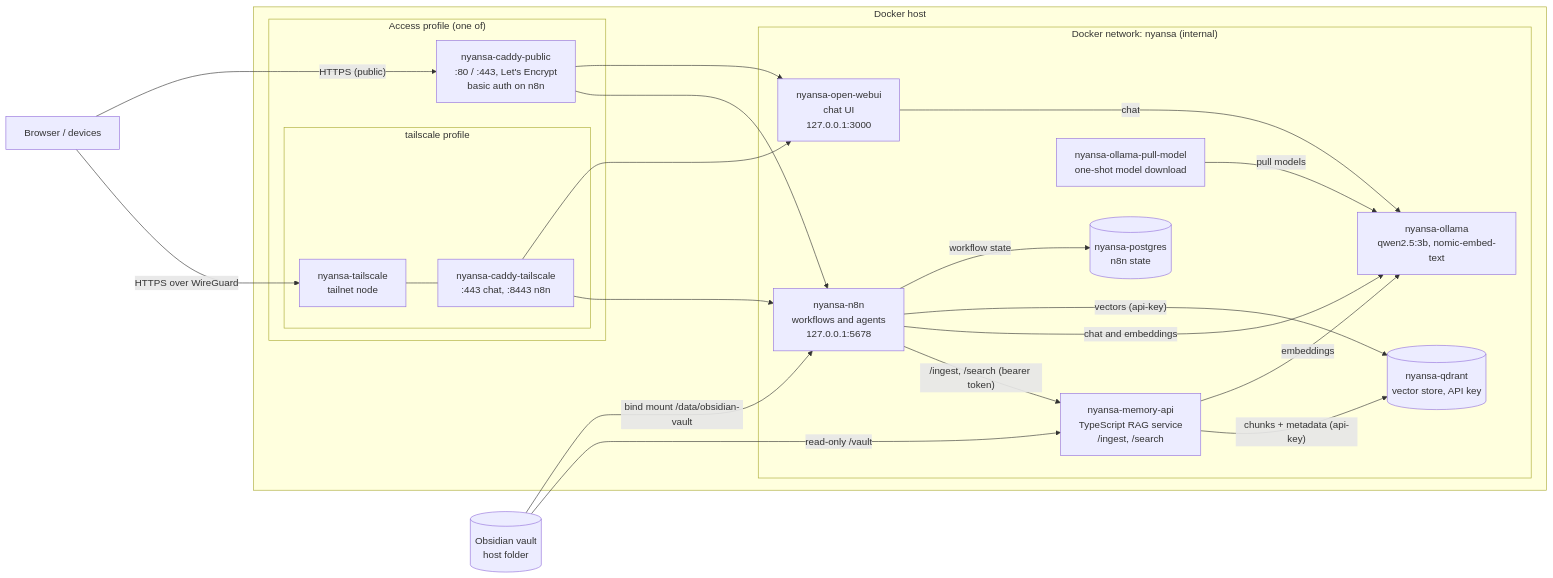
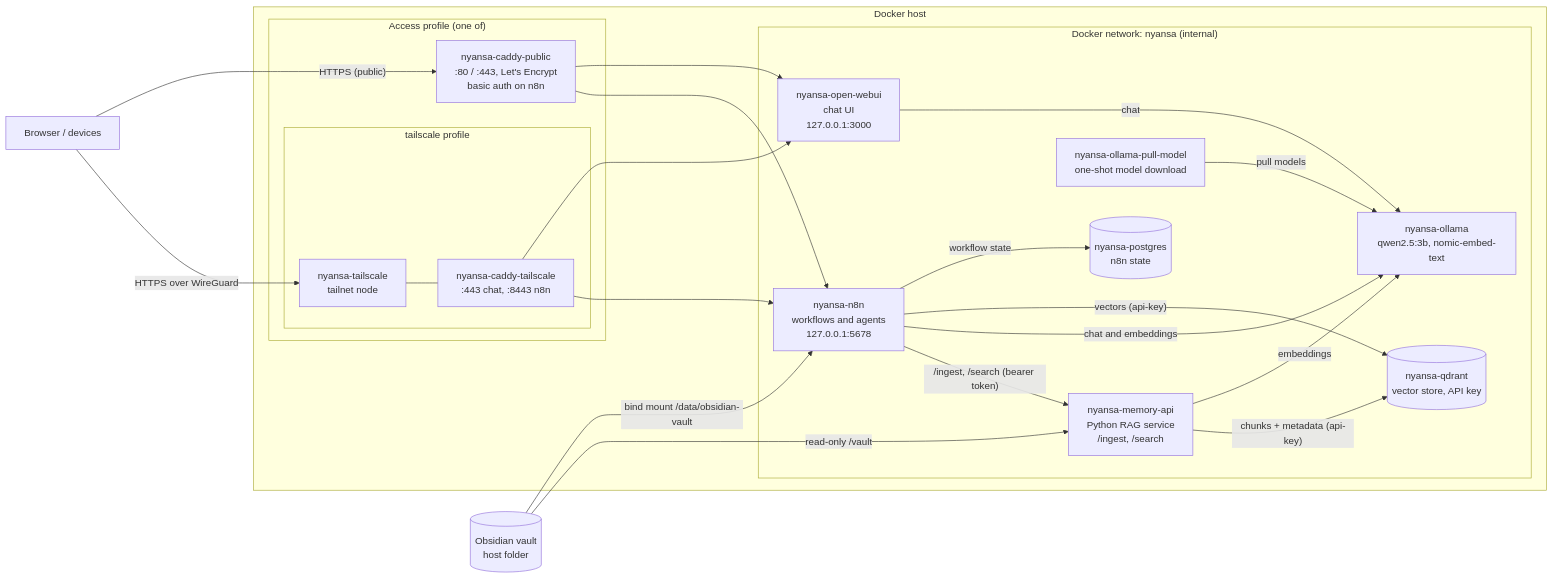
One commit to Geobatpo07/nyansa changed the diagram in README.md. Above: the diagram before and after it, drawn with Mermaid. The commit also changed other lines of this file and 1 other file, not shown here.

First line of the commit message:
docs: describe the Python memory-api

````diff
--- a/README.md
+++ b/README.md
@@ -48,43 +48,43 @@
 ```mermaid
 flowchart LR
     browser["Browser / devices"]
     vault[("Obsidian vault<br/>host folder")]
 
     subgraph host["Docker host"]
         subgraph edge["Access profile (one of)"]
             caddyPub["nyansa-caddy-public<br/>:80 / :443, Let's Encrypt<br/>basic auth on n8n"]
             subgraph ts["tailscale profile"]
                 tailscale["nyansa-tailscale<br/>tailnet node"]
                 caddyTs["nyansa-caddy-tailscale<br/>:443 chat, :8443 n8n"]
             end
         end
 
         subgraph net["Docker network: nyansa (internal)"]
             webui["nyansa-open-webui<br/>chat UI<br/>127.0.0.1:3000"]
             n8n["nyansa-n8n<br/>workflows and agents<br/>127.0.0.1:5678"]
             pg[("nyansa-postgres<br/>n8n state")]
             qdrant[("nyansa-qdrant<br/>vector store, API key")]
             ollama["nyansa-ollama<br/>qwen2.5:3b, nomic-embed-text"]
             pull["nyansa-ollama-pull-model<br/>one-shot model download"]
-            memory["nyansa-memory-api<br/>TypeScript RAG service<br/>/ingest, /search"]
+            memory["nyansa-memory-api<br/>Python RAG service<br/>/ingest, /search"]
         end
     end
 
     browser -- "HTTPS (public)" --> caddyPub
     browser -- "HTTPS over WireGuard" --> tailscale
     tailscale --- caddyTs
     caddyPub --> webui
     caddyPub --> n8n
     caddyTs --> webui
     caddyTs --> n8n
     vault -- "bind mount /data/obsidian-vault" --> n8n
     n8n -- "workflow state" --> pg
     n8n -- "vectors (api-key)" --> qdrant
     n8n -- "chat and embeddings" --> ollama
     webui -- "chat" --> ollama
     pull -- "pull models" --> ollama
     vault -- "read-only /vault" --> memory
     n8n -- "/ingest, /search (bearer token)" --> memory
     memory -- "embeddings" --> ollama
     memory -- "chunks + metadata (api-key)" --> qdrant
 ```
````
